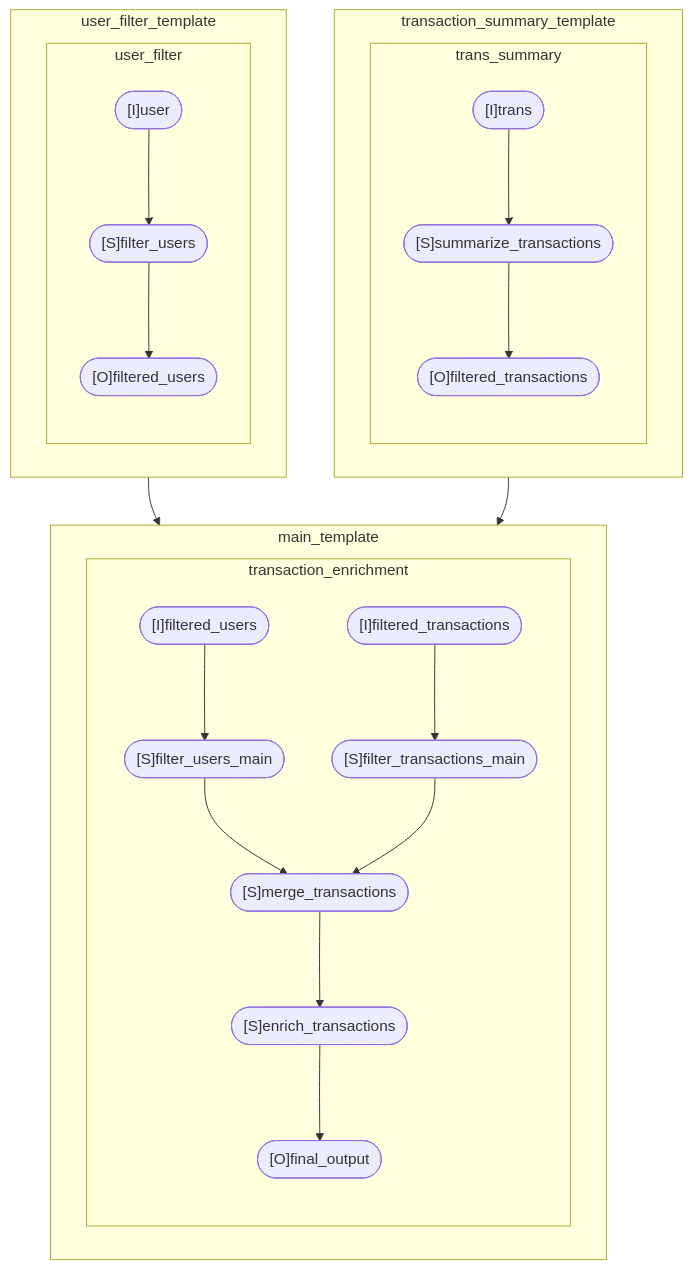
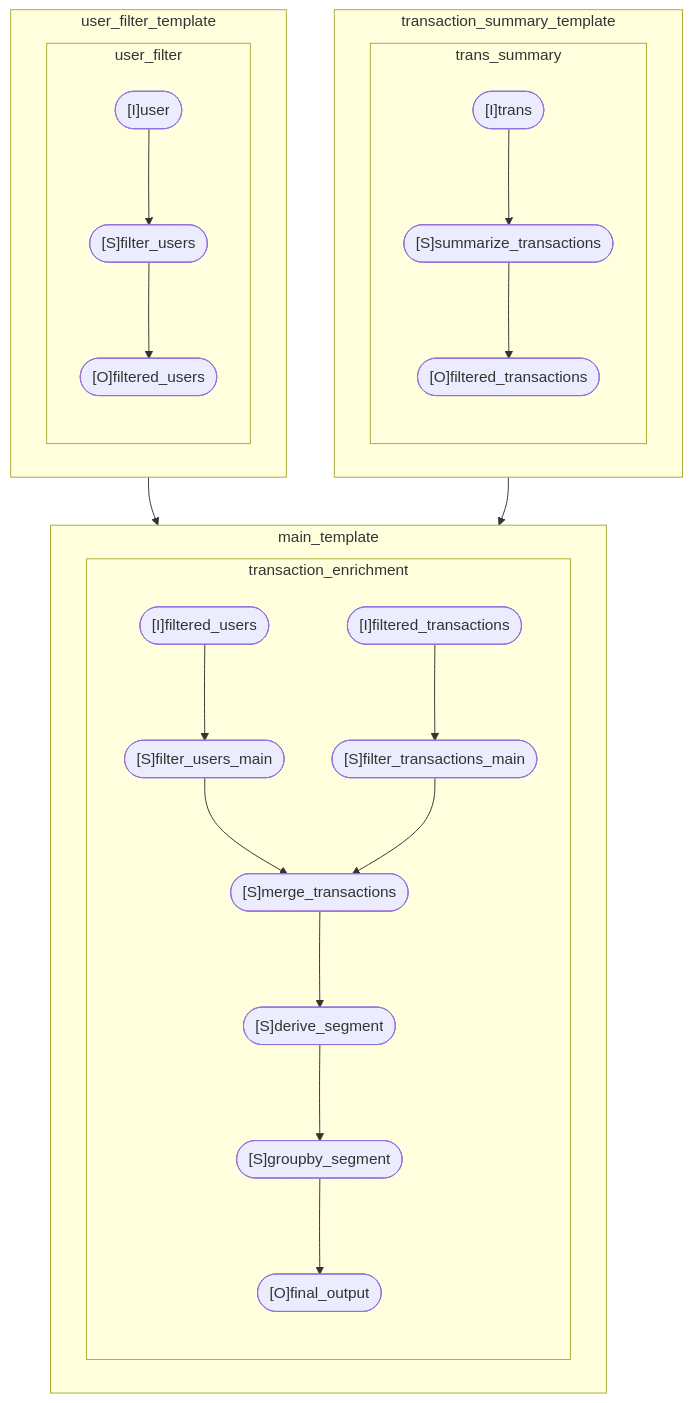
One commit to project-ro/rotab changed the diagram in examples/source_polars/mermaid.mmd. Above: the diagram before and after it, drawn with Mermaid. The commit also changed 7 other files, not shown here.

```diff
--- a/examples/source_polars/mermaid.mmd
+++ b/examples/source_polars/mermaid.mmd
@@ -1,46 +1,48 @@
 graph TB
 %% Nodes
 %% Template: user_filter_template
 subgraph T_user_filter_template ["user_filter_template"]
   %% Process: user_filter
   subgraph P_user_filter ["user_filter"]
     I_user_filter_template__user(["[I]user"])
     S_user_filter_template__filter_users(["[S]filter_users"])
     O_user_filter_template__filtered_users(["[O]filtered_users"])
     I_user_filter_template__user --> S_user_filter_template__filter_users
     S_user_filter_template__filter_users --> O_user_filter_template__filtered_users
   end
 end
 %% Template: transaction_summary_template
 subgraph T_transaction_summary_template ["transaction_summary_template"]
   %% Process: trans_summary
   subgraph P_trans_summary ["trans_summary"]
     I_transaction_summary_template__trans(["[I]trans"])
     S_transaction_summary_template__summarize_transactions(["[S]summarize_transactions"])
     O_transaction_summary_template__filtered_transactions(["[O]filtered_transactions"])
     I_transaction_summary_template__trans --> S_transaction_summary_template__summarize_transactions
     S_transaction_summary_template__summarize_transactions --> O_transaction_summary_template__filtered_transactions
   end
 end
 %% Template: main_template
 subgraph T_main_template ["main_template"]
   %% Process: transaction_enrichment
   subgraph P_transaction_enrichment ["transaction_enrichment"]
     I_main_template__filtered_users(["[I]filtered_users"])
     I_main_template__filtered_transactions(["[I]filtered_transactions"])
     S_main_template__filter_users_main(["[S]filter_users_main"])
     S_main_template__filter_transactions_main(["[S]filter_transactions_main"])
     S_main_template__merge_transactions(["[S]merge_transactions"])
-    S_main_template__enrich_transactions(["[S]enrich_transactions"])
+    S_main_template__derive_segment(["[S]derive_segment"])
+    S_main_template__groupby_segment(["[S]groupby_segment"])
     O_main_template__final_output(["[O]final_output"])
     I_main_template__filtered_users --> S_main_template__filter_users_main
     I_main_template__filtered_transactions --> S_main_template__filter_transactions_main
     S_main_template__filter_users_main --> S_main_template__merge_transactions
     S_main_template__filter_transactions_main --> S_main_template__merge_transactions
-    S_main_template__merge_transactions --> S_main_template__enrich_transactions
-    S_main_template__enrich_transactions --> O_main_template__final_output
+    S_main_template__merge_transactions --> S_main_template__derive_segment
+    S_main_template__derive_segment --> S_main_template__groupby_segment
+    S_main_template__groupby_segment --> O_main_template__final_output
   end
 end
 %% Template Dependencies
 T_user_filter_template --> T_main_template
 T_transaction_summary_template --> T_main_template
```
